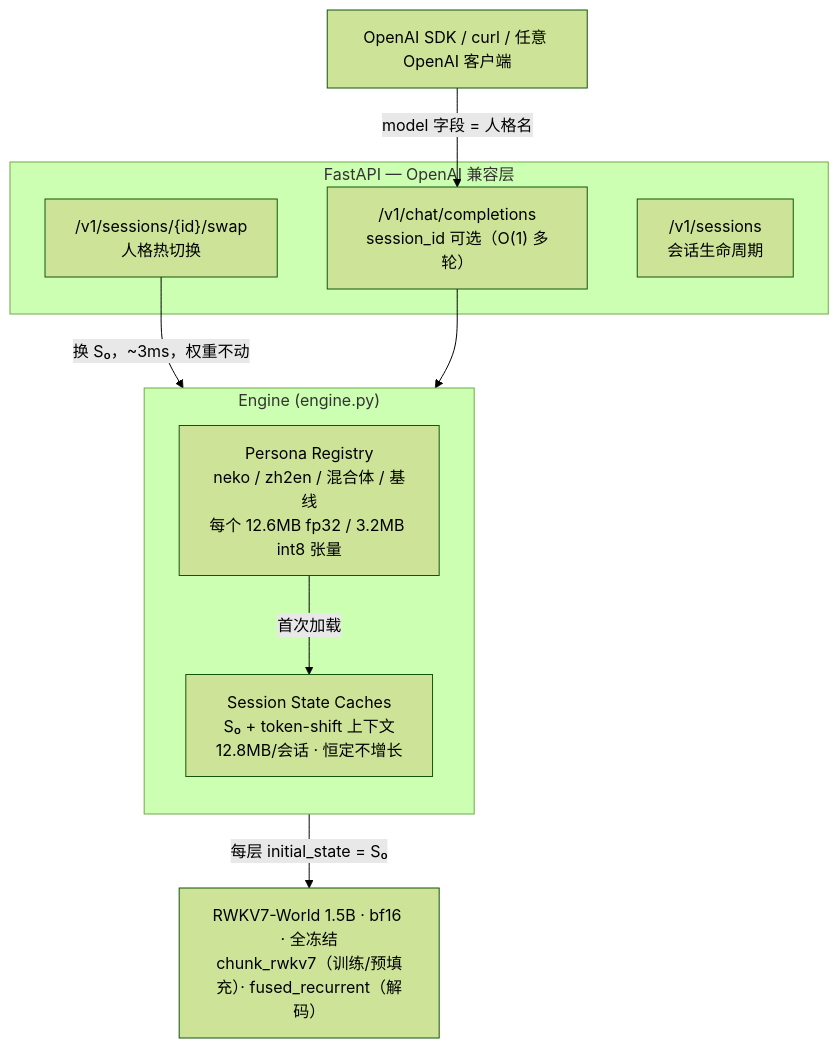
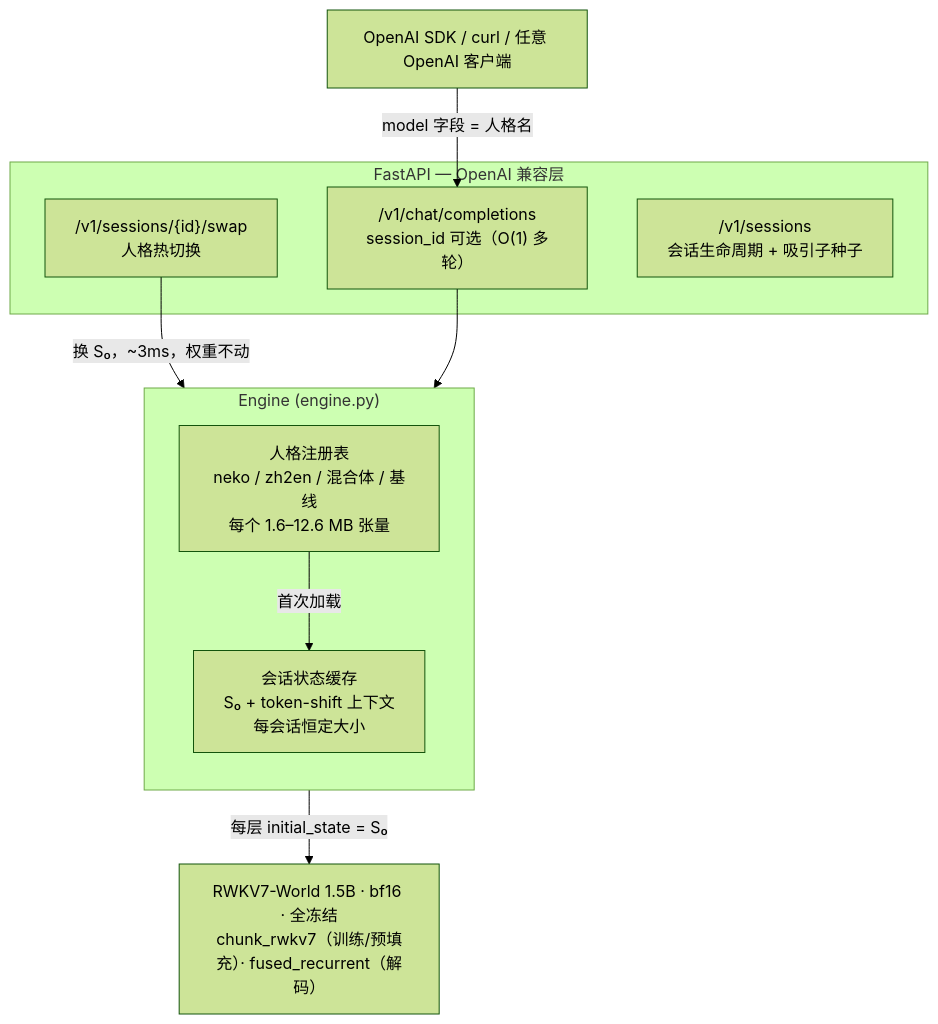
The diagram in README.zh-CN.md (Nice0o0/stateswap), drawn with Mermaid (forest theme) before and after one commit. The commit also changed other lines of this file and 1 other file, not shown here.

````diff
--- a/README.zh-CN.md
+++ b/README.zh-CN.md
@@ -76,24 +79,24 @@
 ```mermaid
 flowchart TB
     Client["OpenAI SDK / curl / 任意 OpenAI 客户端"] -->|"model 字段 = 人格名"| CHAT
 
     subgraph API["FastAPI — OpenAI 兼容层"]
         CHAT["/v1/chat/completions<br/>session_id 可选（O(1) 多轮）"]
         SWAP["/v1/sessions/{id}/swap<br/>人格热切换"]
-        SESSM["/v1/sessions<br/>会话生命周期"]
+        SESSM["/v1/sessions<br/>会话生命周期 + 吸引子种子"]
     end
 
     CHAT --> ENG
 
     subgraph ENG["Engine (engine.py)"]
         direction TB
-        REG["Persona Registry<br/>neko / zh2en / 混合体 / 基线<br/>每个 12.6MB fp32 / 3.2MB int8 张量"]
-        SESS["Session State Caches<br/>S₀ + token-shift 上下文<br/>12.8MB/会话 · 恒定不增长"]
+        REG["人格注册表<br/>neko / zh2en / 混合体 / 基线<br/>每个 1.6–12.6 MB 张量"]
+        SESS["会话状态缓存<br/>S₀ + token-shift 上下文<br/>每会话恒定大小"]
         REG -->|"首次加载"| SESS
         SWAP -->|"换 S₀，~3ms，权重不动"| SESS
     end
 
     SESS -->|"每层 initial_state = S₀"| BASE
 
     BASE["RWKV7-World 1.5B · bf16 · 全冻结<br/>chunk_rwkv7（训练/预填充）· fused_recurrent（解码）"]
 ```
````
